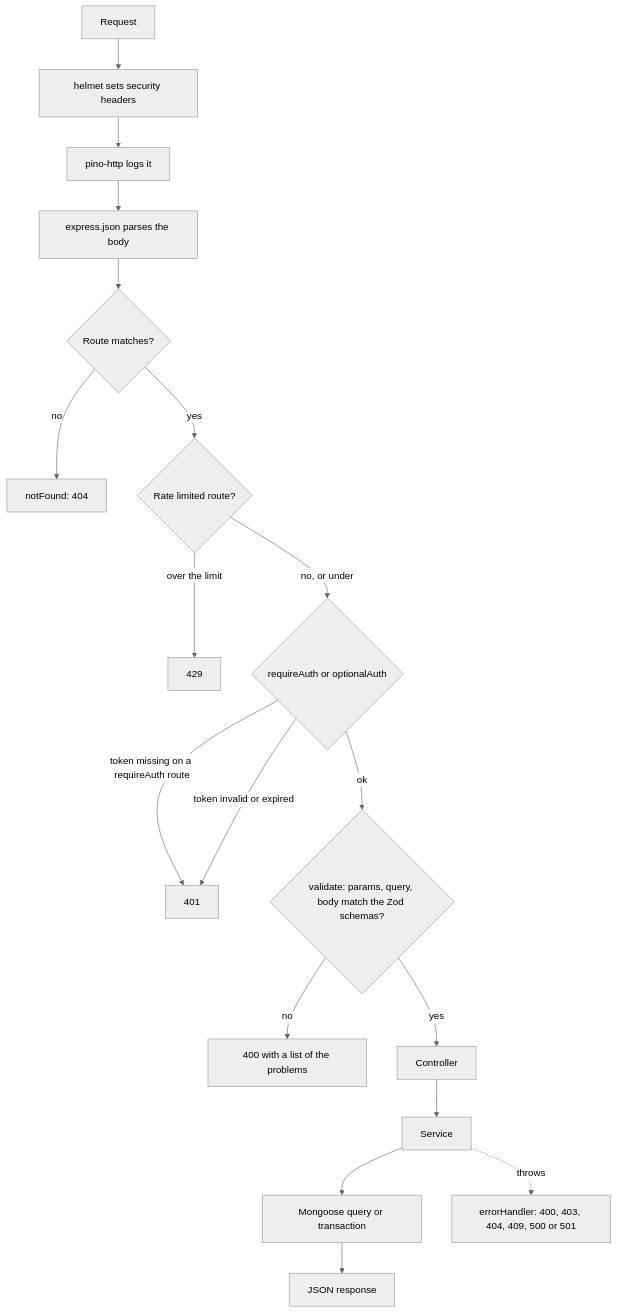
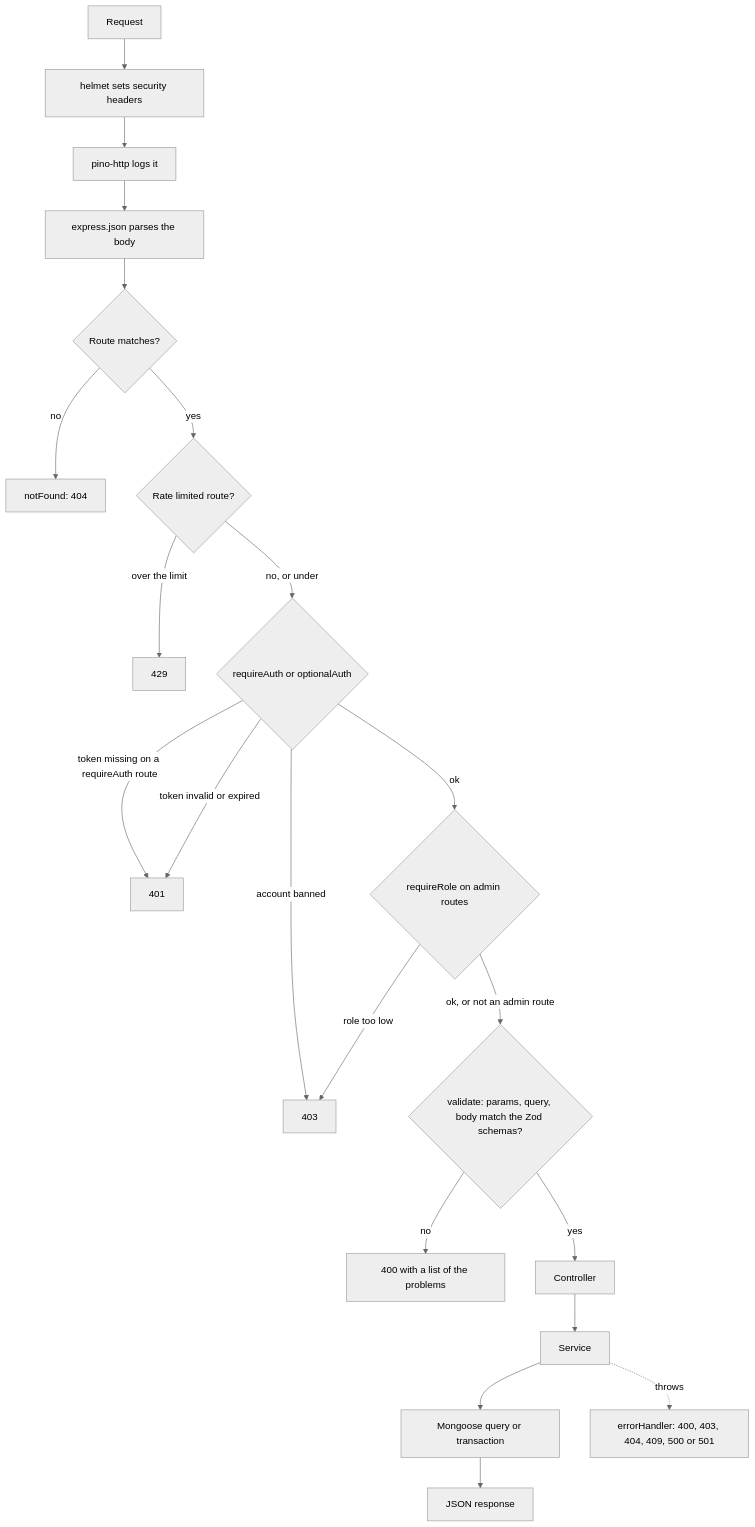
The first of 4 diagrams in server/README.md (ESiegman/COP4331---MERN-App), drawn with Mermaid (neutral theme) before and after one commit. The commit also changed other lines of this file and 33 other files, not shown here.

````diff
--- a/server/README.md
+++ b/server/README.md
@@ -145,20 +159,23 @@
 ```mermaid
 flowchart TD
     A[Request] --> B[helmet sets security headers]
     B --> C[pino-http logs it]
     C --> D[express.json parses the body]
     D --> E{Route matches?}
     E -- no --> N[notFound: 404]
     E -- yes --> F{Rate limited route?}
     F -- over the limit --> F1[429]
     F -- no, or under --> G{requireAuth or optionalAuth}
     G -- token missing on a requireAuth route --> G1[401]
     G -- token invalid or expired --> G1
-    G -- ok --> H{validate: params, query, body match the Zod schemas?}
+    G -- account banned --> G2[403]
+    G -- ok --> RR{requireRole on admin routes}
+    RR -- role too low --> G2
+    RR -- ok, or not an admin route --> H{validate: params, query, body match the Zod schemas?}
     H -- no --> H1[400 with a list of the problems]
     H -- yes --> K[Controller]
     K --> L[Service]
     L --> M[Mongoose query or transaction]
     M --> R[JSON response]
     L -. throws .-> X[errorHandler: 400, 403, 404, 409, 500 or 501]
 ```
````
